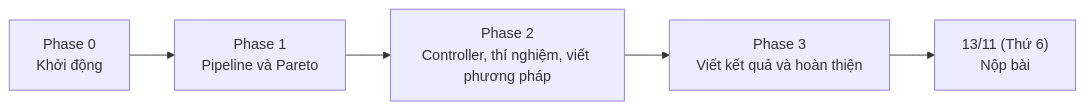
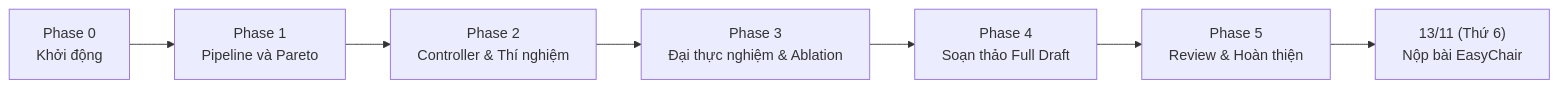
Before and after one commit to nh-atuan/crossstage-stitch: the diagram in docs/plan.md, drawn with Mermaid. The commit also changed other lines of this file, not shown here.

Commit message:
docs(plan): update phase 3 roadmap, single-owner ablations, and dataset-gpu strategy

````diff
--- a/docs/plan.md
+++ b/docs/plan.md
@@ -59,7 +59,9 @@
 ```mermaid
 flowchart LR
     P0["Phase 0<br/>Khởi động"] --> P1["Phase 1<br/>Pipeline và Pareto"]
-    P1 --> P2["Phase 2<br/>Controller, thí nghiệm, viết phương pháp"]
-    P2 --> P3["Phase 3<br/>Viết kết quả và hoàn thiện"]
-    P3 --> END["13/11 (Thứ 6)<br/>Nộp bài"]
+    P1 --> P2["Phase 2<br/>Controller & Thí nghiệm"]
+    P2 --> P3["Phase 3<br/>Đại thực nghiệm & Ablation"]
+    P3 --> P4["Phase 4<br/>Soạn thảo Full Draft"]
+    P4 --> P5["Phase 5<br/>Review & Hoàn thiện"]
+    P5 --> END["13/11 (Thứ 6)<br/>Nộp bài EasyChair"]
 ```
````
